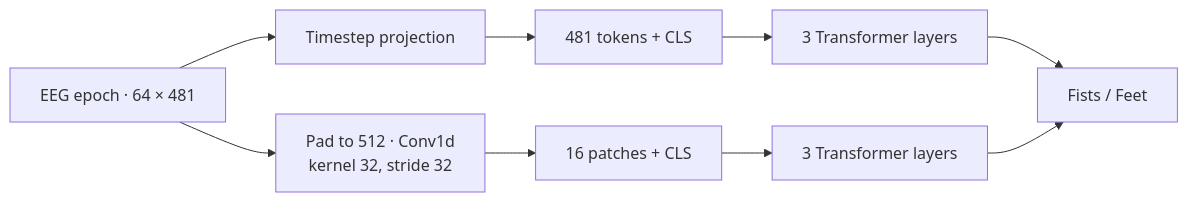
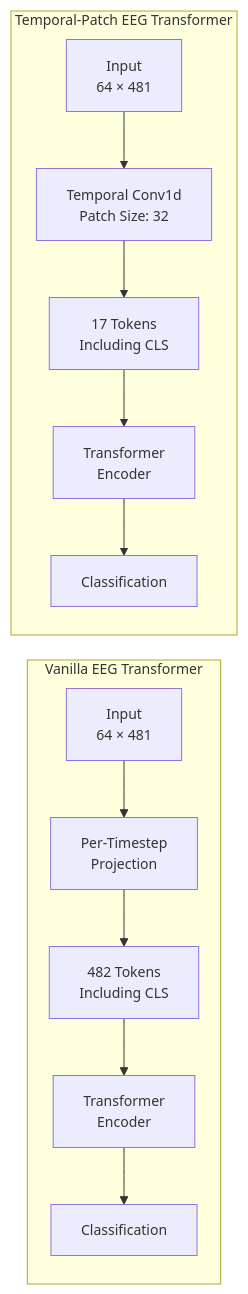
Before and after one commit to Sohamgaonkhadkar/EEG-DeepLearning-BrainwaveScience: the second of 2 diagrams in README.md, drawn with Mermaid. The commit also changed other lines of this file and 9 other files, not shown here.

Commit message:
docs: simplify research diagrams and standardize model display names

````diff
--- a/README.md
+++ b/README.md
@@ -132,11 +137,18 @@
 ```mermaid
+%%{init: {"flowchart": {"htmlLabels": false, "nodeSpacing": 24, "rankSpacing": 32}, "themeVariables": {"fontSize": "14px"}}}%%
 flowchart LR
-    X["EEG epoch · 64 × 481"] --> V["Timestep projection"]
-    X --> P["Pad to 512 · Conv1d<br/>kernel 32, stride 32"]
-    V --> VT["481 tokens + CLS"]
-    P --> PT["16 patches + CLS"]
-    VT --> A["3 Transformer layers"]
-    PT --> B["3 Transformer layers"]
-    A --> Y["Fists / Feet"]
-    B --> Y
+    subgraph VAN["Vanilla EEG Transformer"]
+        direction TB
+        V0["Input<br/>64 × 481"] --> V1["Per-Timestep<br/>Projection"]
+        V1 --> V2["482 Tokens<br/>Including CLS"]
+        V2 --> V3["Transformer<br/>Encoder"]
+        V3 --> V4["Classification"]
+    end
+    subgraph PATCH["Temporal-Patch EEG Transformer"]
+        direction TB
+        P0["Input<br/>64 × 481"] --> P1["Temporal Conv1d<br/>Patch Size: 32"]
+        P1 --> P2["17 Tokens<br/>Including CLS"]
+        P2 --> P3["Transformer<br/>Encoder"]
+        P3 --> P4["Classification"]
+    end
 ```
````
